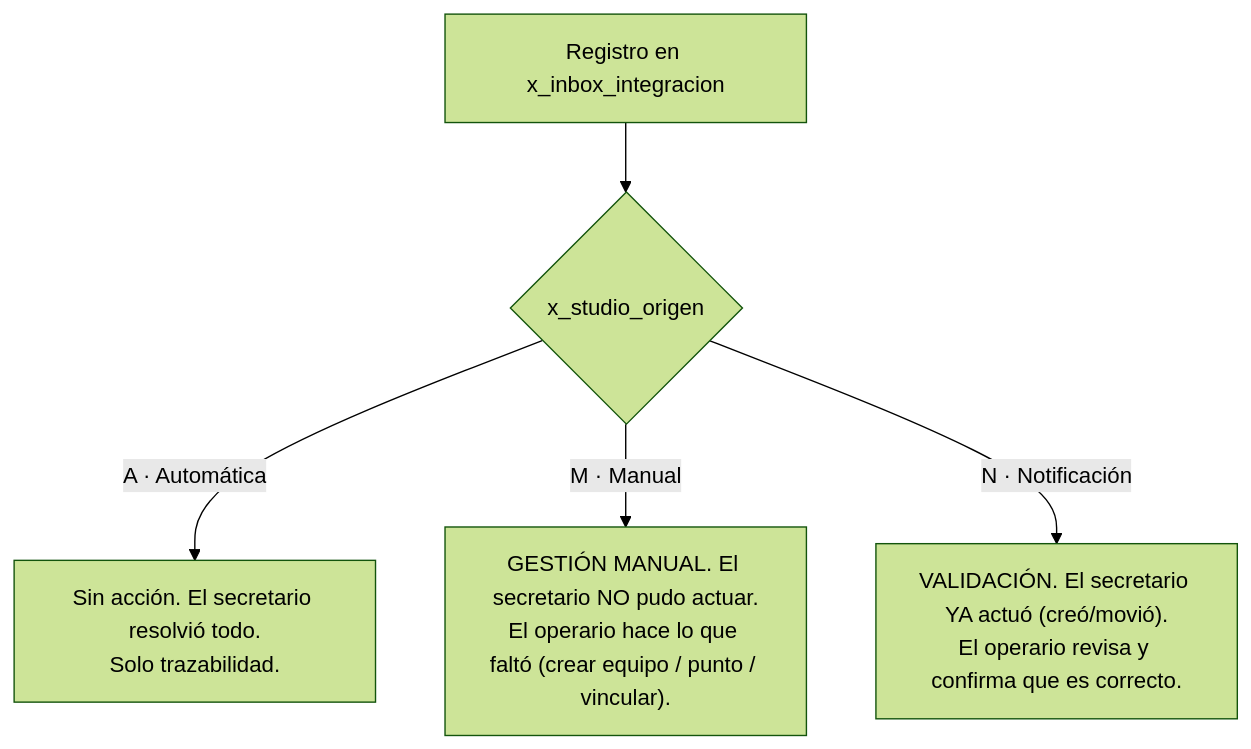
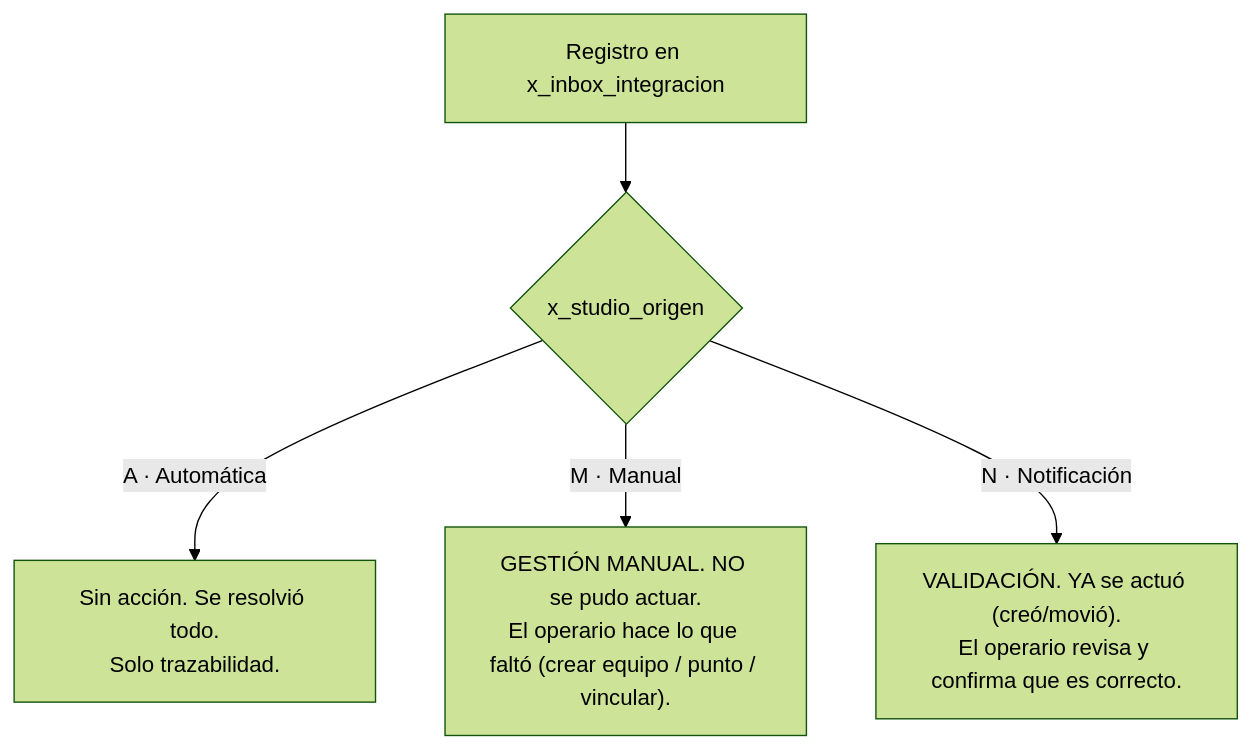
The first of 11 diagrams in pipeline_registro_II/general_doc/gestion_manual_inbox.md (dcuerowe/odoo_con_mantenciones), drawn with Mermaid (forest theme) before and after one commit. The commit also changed 5 other files, not shown here.

````diff
--- a/pipeline_registro_II/general_doc/gestion_manual_inbox.md
+++ b/pipeline_registro_II/general_doc/gestion_manual_inbox.md
@@ -13,7 +13,7 @@
 ```mermaid
 flowchart TD
     A["Registro en x_inbox_integracion"] --> B{"x_studio_origen"}
-    B -->|"A · Automática"| C["Sin acción. El secretario resolvió todo.<br/>Solo trazabilidad."]
-    B -->|"M · Manual"| D["GESTIÓN MANUAL. El secretario NO pudo actuar.<br/>El operario hace lo que faltó (crear equipo / punto / vincular)."]
-    B -->|"N · Notificación"| E["VALIDACIÓN. El secretario YA actuó (creó/movió).<br/>El operario revisa y confirma que es correcto."]
+    B -->|"A · Automática"| C["Sin acción. Se resolvió todo.<br/>Solo trazabilidad."]
+    B -->|"M · Manual"| D["GESTIÓN MANUAL. NO se pudo actuar.<br/>El operario hace lo que faltó (crear equipo / punto / vincular)."]
+    B -->|"N · Notificación"| E["VALIDACIÓN. YA se actuó (creó/movió).<br/>El operario revisa y confirma que es correcto."]
 ```
````
